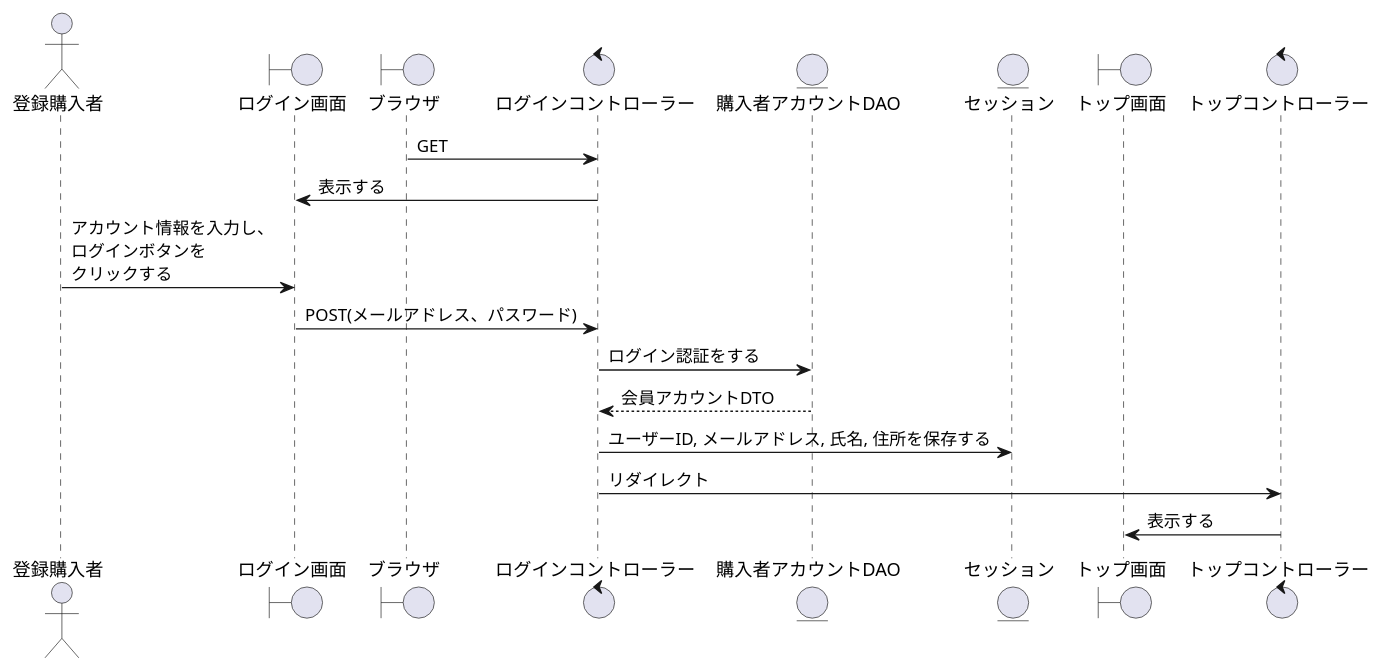
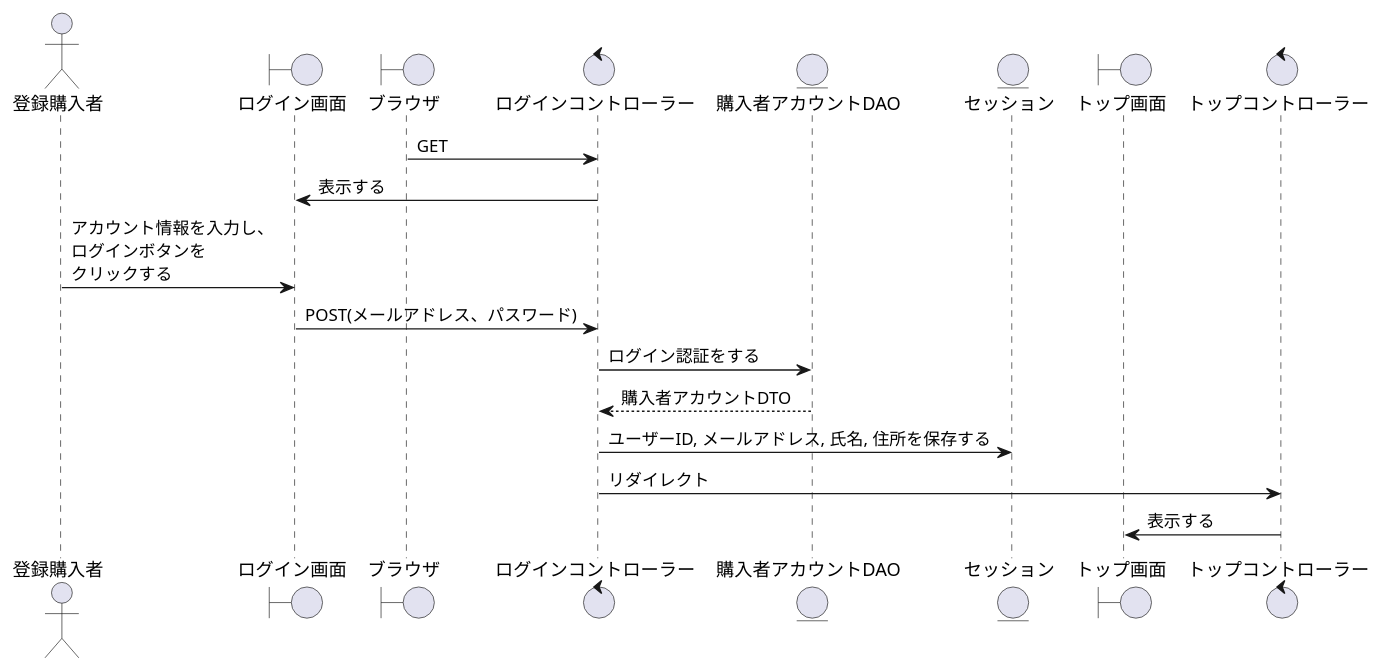
One commit to SK-B-S/PJ changed the diagram in PJ_シーケンス/購入者/ログイン.wsd. Above: the diagram before and after it, drawn with PlantUML. The commit also changed 2 other files, not shown here.

```diff
--- a/PJ_シーケンス/購入者/ログイン.wsd
+++ b/PJ_シーケンス/購入者/ログイン.wsd
@@ -1,23 +1,23 @@
 @startuml ログイン
 
 actor    "登録購入者" as act
 boundary "ログイン画面" as Login
 boundary "ブラウザ" as brz
 control  "ログインコントローラー" as Approval_c
 entity   "購入者アカウントDAO" as Account
 entity   "セッション" as sessyon
 boundary "トップ画面" as Top
 control  "トップコントローラー" as Completion_c
 
 '-------------------------------------------------------------------------------------------
 
 brz -> Approval_c : GET
 Login <- Approval_c : 表示する
 act -> Login : アカウント情報を入力し、\nログインボタンを\nクリックする
 Login -> Approval_c : POST(メールアドレス、パスワード)
 Approval_c -> Account : ログイン認証をする
-Approval_c <-- Account : 会員アカウントDTO
+Approval_c <-- Account : 購入者アカウントDTO
 Approval_c -> sessyon : ユーザーID, メールアドレス, 氏名, 住所を保存する
 Approval_c -> Completion_c : リダイレクト
 Completion_c -> Top : 表示する
 @enduml
```
